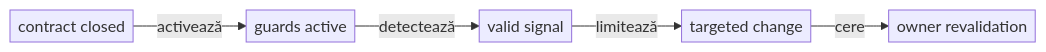
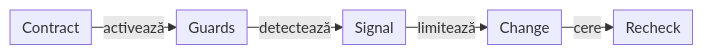
One commit to crististefanita/atf_j0 changed the ninth of 11 diagrams in docs/ATF_Architecture.md. Above: the diagram before and after it, drawn with Mermaid. The commit also changed other lines of this file and 97 other files, not shown here.

````diff
--- a/docs/ATF_Architecture.md
+++ b/docs/ATF_Architecture.md
@@ -591,8 +662,8 @@
 ```mermaid
-%%{init: {"themeVariables": {"fontSize": "16px"}, "themeCSS": ".edgeLabel p { font-size: 13px; line-height: 1.1; margin: 0; padding: 0 2px; }", "flowchart": {"nodeSpacing": 16, "rankSpacing": 48, "padding": 4}}}%%
+%%{init: {"themeVariables":{"fontSize":"15px"},"themeCSS":".nodeLabel, .nodeLabel p { font-size: 15px !important; line-height: 1.35 !important; } .edgeLabel, .edgeLabel p { font-size: 12px !important; font-weight: 400 !important; line-height: 1.2 !important; } .edgeLabel .labelBkg, .edgeLabel p { background: transparent !important; } .edgeLabel foreignObject { transform: translateY(-18px); overflow: visible; } .node rect { rx: 6px; ry: 6px; }","flowchart":{"curve":"linear","nodeSpacing":24,"rankSpacing":24,"padding":6,"diagramPadding":20}}}%%
 flowchart LR
-    Closed["contract closed"] -->|activează| Guarded["guards active"]
-    Guarded -->|detectează| Trigger["valid signal"]
-    Trigger -->|limitează| Scope["targeted change"]
-    Scope -->|cere| Recheck["owner revalidation"]
+    Closed["Contract"] -->|activează| Guarded["Guards"]
+    Guarded -->|detectează| Trigger["Signal"]
+    Trigger -->|limitează| Scope["Change"]
+    Scope -->|cere| Recheck["Recheck"]
 ```
````
